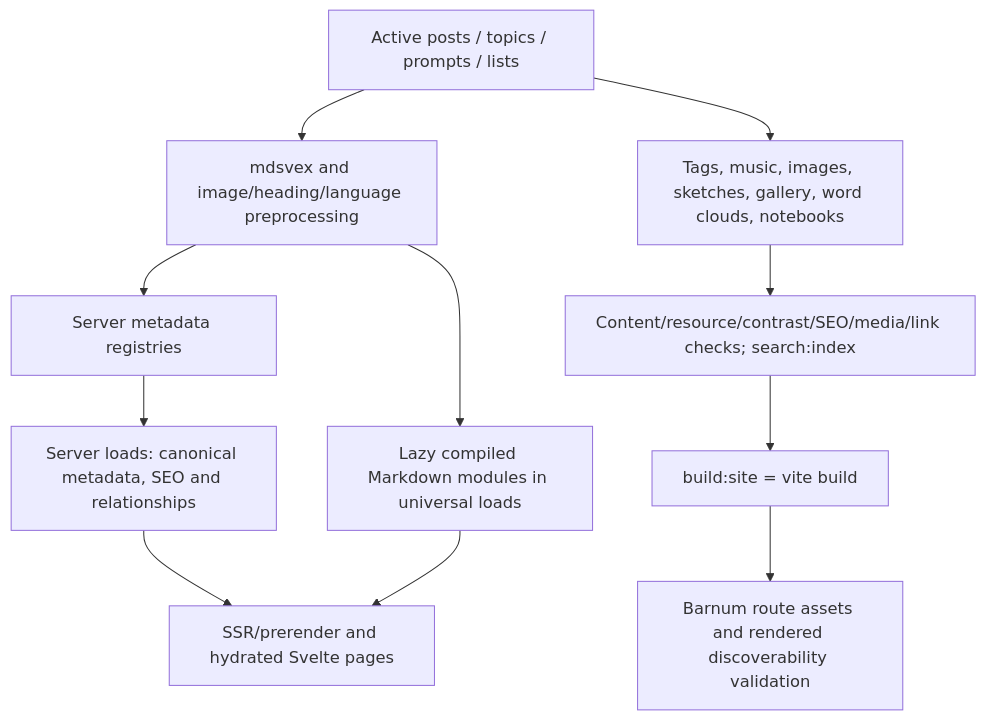
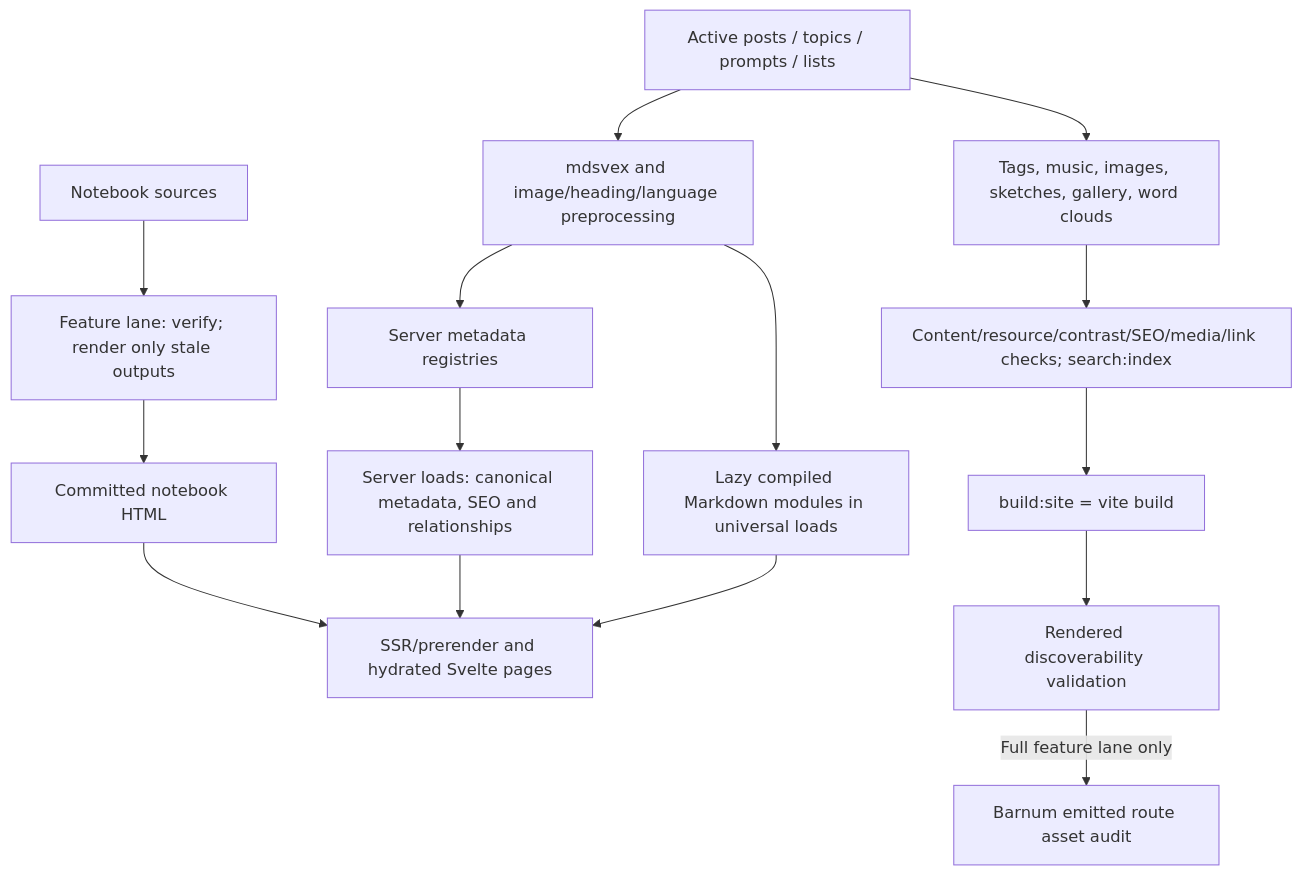
One commit to suvrotica/suvroghosh-in changed the second of 4 diagrams in docs/architecture/ARCHITECTURE.md. Above: the diagram before and after it, drawn with Mermaid. The commit also changed other lines of this file and 32 other files, not shown here.

````diff
--- a/docs/architecture/ARCHITECTURE.md
+++ b/docs/architecture/ARCHITECTURE.md
@@ -127,13 +127,17 @@
 ```mermaid
 flowchart TB
     MD["Active posts / topics / prompts / lists"] --> Preprocess["mdsvex and image/heading/language preprocessing"]
-    MD --> Generate["Tags, music, images, sketches, gallery, word clouds, notebooks"]
+    MD --> Generate["Tags, music, images, sketches, gallery, word clouds"]
+    NotebookSource["Notebook sources"] --> NotebookPrepare["Feature lane: verify; render only stale outputs"]
+    NotebookPrepare --> NotebookHTML["Committed notebook HTML"]
+    NotebookHTML --> Page
     Generate --> Validate["Content/resource/contrast/SEO/media/link checks; search:index"]
     Preprocess --> Metadata["Server metadata registries"]
     Preprocess --> Body["Lazy compiled Markdown modules in universal loads"]
     Metadata --> Data["Server loads: canonical metadata, SEO and relationships"]
     Data --> Page["SSR/prerender and hydrated Svelte pages"]
     Body --> Page
     Validate --> Build["build:site = vite build"]
-    Build --> Postchecks["Barnum route assets and rendered discoverability validation"]
+    Build --> Postchecks["Rendered discoverability validation"]
+    Postchecks -->|Full feature lane only| BarnumCheck["Barnum emitted route asset audit"]
 ```
````
